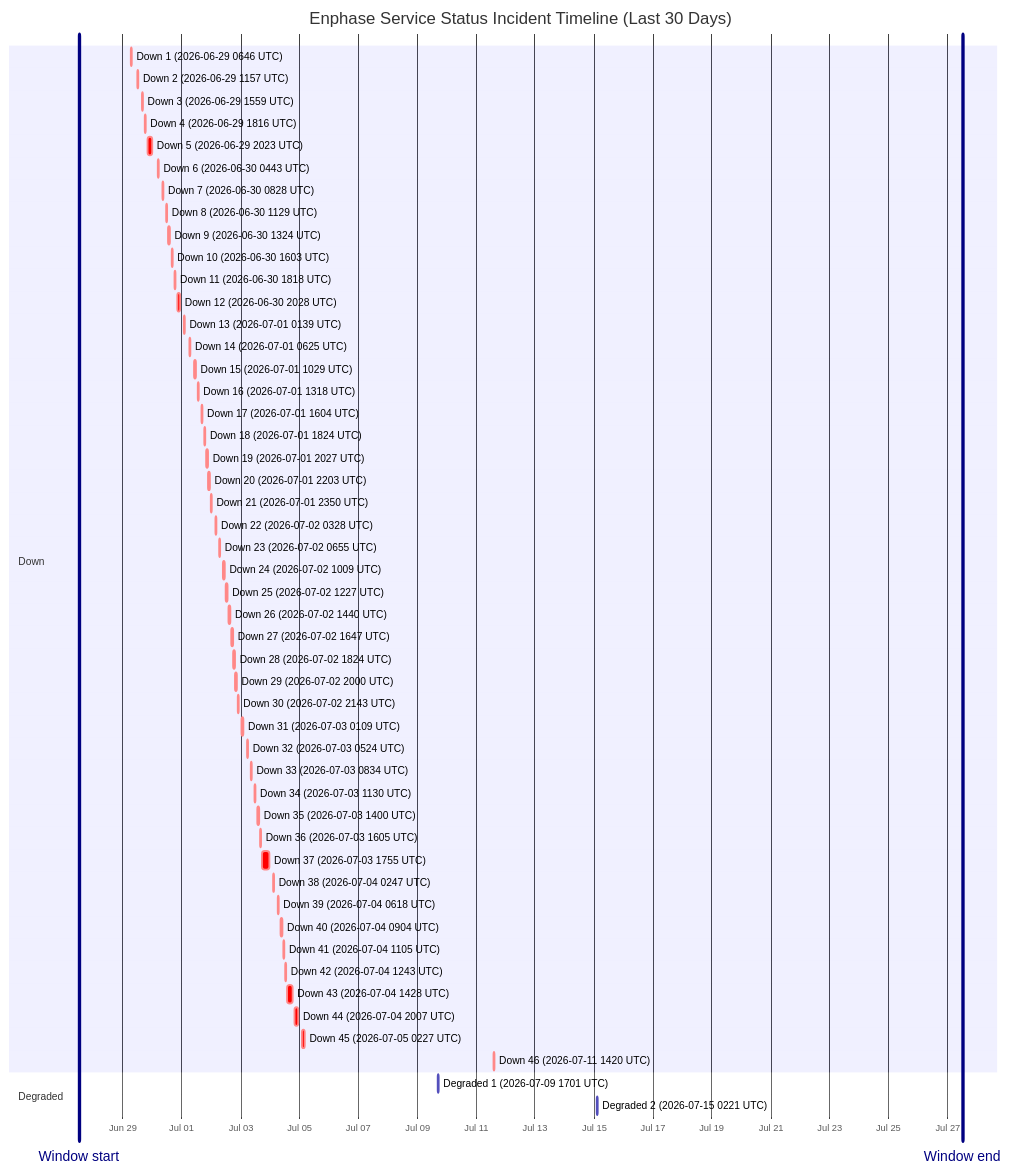
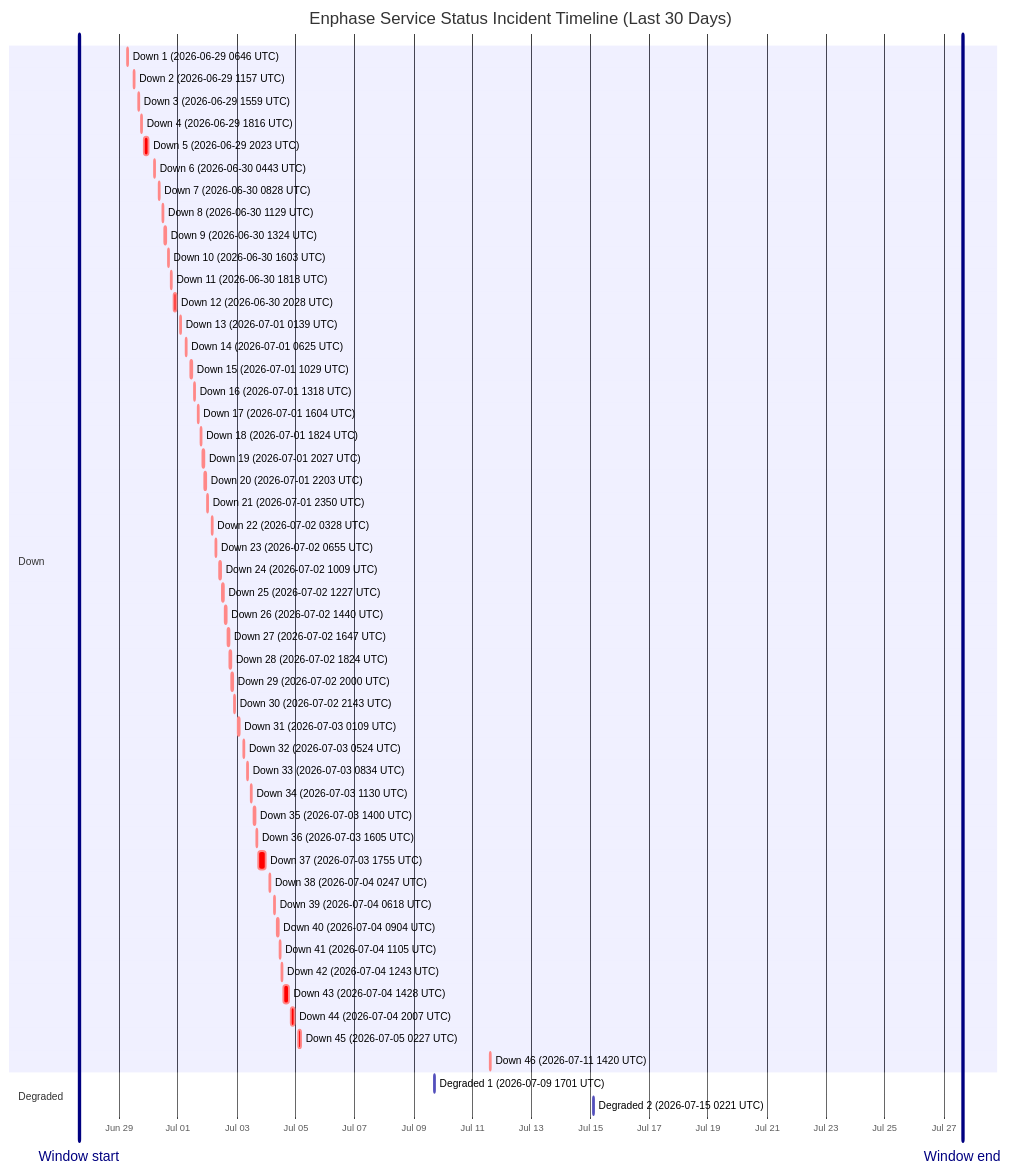
One commit to barneyonline/ha-enphase-energy changed the diagram in wiki/Service-Status-History.md. Above: the diagram before and after it, drawn with Mermaid. The commit also changed other lines of this file and 3 other files, not shown here.

````diff
--- a/wiki/Service-Status-History.md
+++ b/wiki/Service-Status-History.md
@@ -14,58 +14,58 @@
 ```mermaid
 gantt
     title Enphase Service Status Incident Timeline (Last 30 Days)
     dateFormat  YYYY-MM-DDTHH:mm:ss
     axisFormat  %b %d
-    Window start :vert, window-start, 2026-06-27T12:21:17, 0ms
-    Window end :vert, window-end, 2026-07-27T12:21:17, 0ms
+    Window start :vert, window-start, 2026-06-27T15:23:17, 0ms
+    Window end :vert, window-end, 2026-07-27T15:23:17, 0ms
     section Down
     Down 1 (2026-06-29 0646 UTC) :crit, down-1, 2026-06-29T06:46:18, 60m
     Down 2 (2026-06-29 1157 UTC) :crit, down-2, 2026-06-29T11:57:36, 60m
     Down 3 (2026-06-29 1559 UTC) :crit, down-3, 2026-06-29T15:59:02, 60m
     Down 4 (2026-06-29 1816 UTC) :crit, down-4, 2026-06-29T18:16:38, 60m
     Down 5 (2026-06-29 2023 UTC) :crit, down-5, 2026-06-29T20:23:16, 220m
     Down 6 (2026-06-30 0443 UTC) :crit, down-6, 2026-06-30T04:43:54, 60m
     Down 7 (2026-06-30 0828 UTC) :crit, down-7, 2026-06-30T08:28:43, 60m
     Down 8 (2026-06-30 1129 UTC) :crit, down-8, 2026-06-30T11:29:15, 60m
     Down 9 (2026-06-30 1324 UTC) :crit, down-9, 2026-06-30T13:24:25, 60m
     Down 10 (2026-06-30 1603 UTC) :crit, down-10, 2026-06-30T16:03:26, 60m
     Down 11 (2026-06-30 1818 UTC) :crit, down-11, 2026-06-30T18:18:39, 60m
     Down 12 (2026-06-30 2028 UTC) :crit, down-12, 2026-06-30T20:28:54, 171m
     Down 13 (2026-07-01 0139 UTC) :crit, down-13, 2026-07-01T01:39:18, 60m
     Down 14 (2026-07-01 0625 UTC) :crit, down-14, 2026-07-01T06:25:35, 60m
     Down 15 (2026-07-01 1029 UTC) :crit, down-15, 2026-07-01T10:29:24, 60m
     Down 16 (2026-07-01 1318 UTC) :crit, down-16, 2026-07-01T13:18:31, 60m
     Down 17 (2026-07-01 1604 UTC) :crit, down-17, 2026-07-01T16:04:29, 60m
     Down 18 (2026-07-01 1824 UTC) :crit, down-18, 2026-07-01T18:24:21, 60m
     Down 19 (2026-07-01 2027 UTC) :crit, down-19, 2026-07-01T20:27:17, 60m
     Down 20 (2026-07-01 2203 UTC) :crit, down-20, 2026-07-01T22:03:46, 60m
     Down 21 (2026-07-01 2350 UTC) :crit, down-21, 2026-07-01T23:50:52, 60m
     Down 22 (2026-07-02 0328 UTC) :crit, down-22, 2026-07-02T03:28:33, 60m
     Down 23 (2026-07-02 0655 UTC) :crit, down-23, 2026-07-02T06:55:07, 60m
     Down 24 (2026-07-02 1009 UTC) :crit, down-24, 2026-07-02T10:09:15, 60m
     Down 25 (2026-07-02 1227 UTC) :crit, down-25, 2026-07-02T12:27:49, 60m
     Down 26 (2026-07-02 1440 UTC) :crit, down-26, 2026-07-02T14:40:53, 60m
     Down 27 (2026-07-02 1647 UTC) :crit, down-27, 2026-07-02T16:47:47, 60m
     Down 28 (2026-07-02 1824 UTC) :crit, down-28, 2026-07-02T18:24:26, 60m
     Down 29 (2026-07-02 2000 UTC) :crit, down-29, 2026-07-02T20:00:57, 60m
     Down 30 (2026-07-02 2143 UTC) :crit, down-30, 2026-07-02T21:43:52, 80m
     Down 31 (2026-07-03 0109 UTC) :crit, down-31, 2026-07-03T01:09:19, 60m
     Down 32 (2026-07-03 0524 UTC) :crit, down-32, 2026-07-03T05:24:23, 60m
     Down 33 (2026-07-03 0834 UTC) :crit, down-33, 2026-07-03T08:34:05, 60m
     Down 34 (2026-07-03 1130 UTC) :crit, down-34, 2026-07-03T11:30:41, 60m
     Down 35 (2026-07-03 1400 UTC) :crit, down-35, 2026-07-03T14:00:48, 60m
     Down 36 (2026-07-03 1605 UTC) :crit, down-36, 2026-07-03T16:05:49, 60m
     Down 37 (2026-07-03 1755 UTC) :crit, down-37, 2026-07-03T17:55:54, 338m
     Down 38 (2026-07-04 0247 UTC) :crit, down-38, 2026-07-04T02:47:22, 60m
     Down 39 (2026-07-04 0618 UTC) :crit, down-39, 2026-07-04T06:18:09, 60m
     Down 40 (2026-07-04 0904 UTC) :crit, down-40, 2026-07-04T09:04:41, 60m
     Down 41 (2026-07-04 1105 UTC) :crit, down-41, 2026-07-04T11:05:21, 60m
     Down 42 (2026-07-04 1243 UTC) :crit, down-42, 2026-07-04T12:43:25, 60m
     Down 43 (2026-07-04 1428 UTC) :crit, down-43, 2026-07-04T14:28:07, 243m
     Down 44 (2026-07-04 2007 UTC) :crit, down-44, 2026-07-04T20:07:50, 206m
     Down 45 (2026-07-05 0227 UTC) :crit, down-45, 2026-07-05T02:27:32, 109m
     Down 46 (2026-07-11 1420 UTC) :crit, down-46, 2026-07-11T14:20:54, 69m
     section Degraded
     Degraded 1 (2026-07-09 1701 UTC) :active, degraded-1, 2026-07-09T17:01:02, 60m
     Degraded 2 (2026-07-15 0221 UTC) :active, degraded-2, 2026-07-15T02:21:35, 60m
 ```
````
